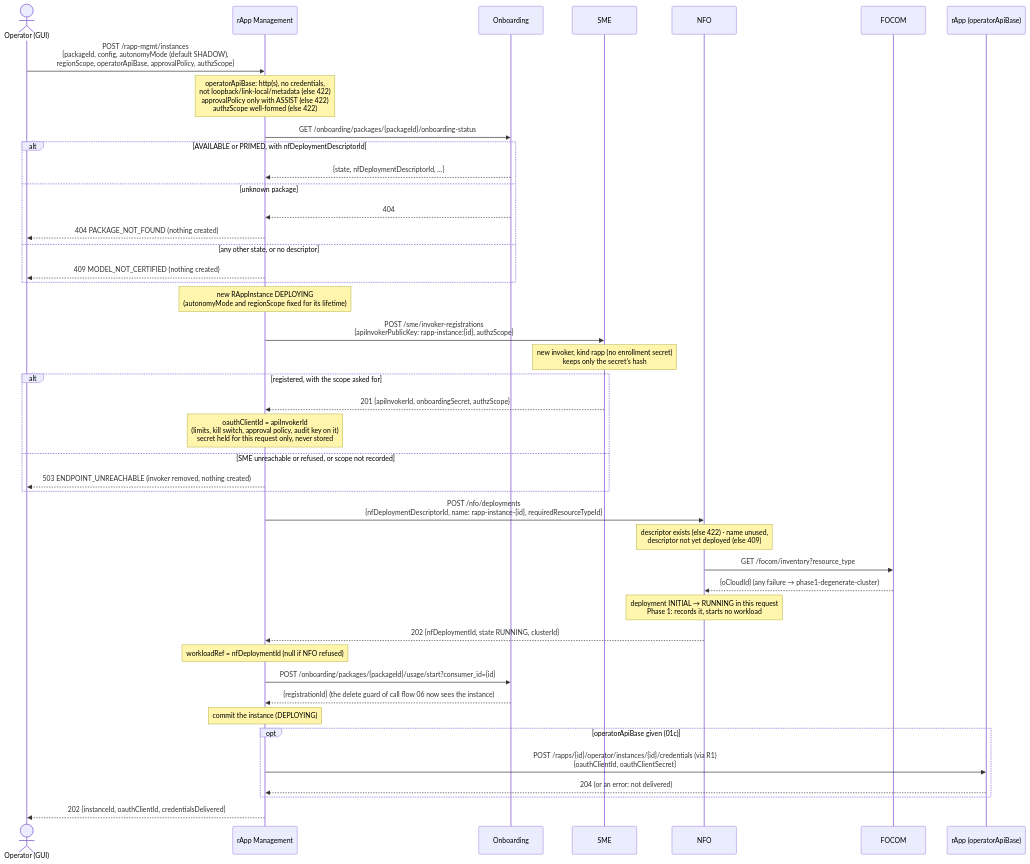
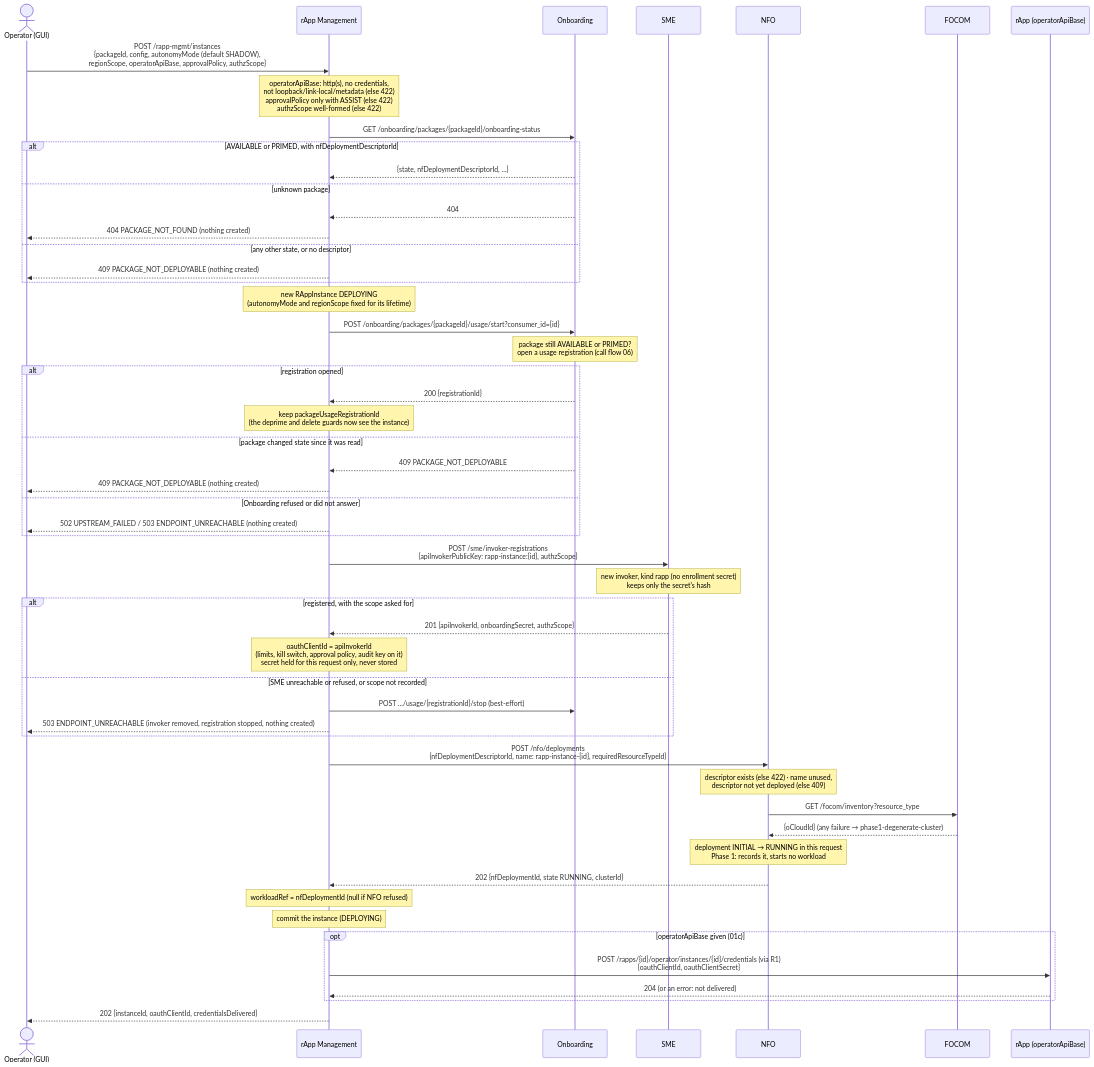
Before and after one commit to rsys-bshankar/ai-ran-smo: the second of 5 diagrams in smo/docs/call-flows/01-rapp-onboarding-to-deployment.md, drawn with Mermaid. The commit also changed other lines of this file and 41 other files, not shown here.

First line of the commit message:
Call flow 06 rewritten from the code; package usage contract made to hold (DOC-CF-1.2)

````diff
--- a/smo/docs/call-flows/01-rapp-onboarding-to-deployment.md
+++ b/smo/docs/call-flows/01-rapp-onboarding-to-deployment.md
@@ -68,46 +71,56 @@
 ```mermaid
 sequenceDiagram
     actor Op as Operator (GUI)
     participant RM as rApp Management
     participant Onb as Onboarding
     participant SME as SME
     participant NFO as NFO
     participant FOCOM as FOCOM
     participant App as rApp (operatorApiBase)
 
     Op->>RM: POST /rapp-mgmt/instances<br/>{packageId, config, autonomyMode (default SHADOW),<br/>regionScope, operatorApiBase, approvalPolicy, authzScope}
     Note over RM: operatorApiBase: http(s), no credentials,<br/>not loopback/link-local/metadata (else 422)<br/>approvalPolicy only with ASSIST (else 422)<br/>authzScope well-formed (else 422)
     RM->>Onb: GET /onboarding/packages/{packageId}/onboarding-status
     alt AVAILABLE or PRIMED, with nfDeploymentDescriptorId
         Onb-->>RM: {state, nfDeploymentDescriptorId, …}
     else unknown package
         Onb-->>RM: 404
         RM-->>Op: 404 PACKAGE_NOT_FOUND (nothing created)
     else any other state, or no descriptor
-        RM-->>Op: 409 MODEL_NOT_CERTIFIED (nothing created)
+        RM-->>Op: 409 PACKAGE_NOT_DEPLOYABLE (nothing created)
     end
     Note over RM: new RAppInstance DEPLOYING<br/>(autonomyMode and regionScope fixed for its lifetime)
+    RM->>Onb: POST /onboarding/packages/{packageId}/usage/start?consumer_id={id}
+    Note over Onb: package still AVAILABLE or PRIMED?<br/>open a usage registration (call flow 06)
+    alt registration opened
+        Onb-->>RM: 200 {registrationId}
+        Note over RM: keep packageUsageRegistrationId<br/>(the deprime and delete guards now see the instance)
+    else package changed state since it was read
+        Onb-->>RM: 409 PACKAGE_NOT_DEPLOYABLE
+        RM-->>Op: 409 PACKAGE_NOT_DEPLOYABLE (nothing created)
+    else Onboarding refused or did not answer
+        RM-->>Op: 502 UPSTREAM_FAILED / 503 ENDPOINT_UNREACHABLE (nothing created)
+    end
     RM->>SME: POST /sme/invoker-registrations<br/>{apiInvokerPublicKey: rapp-instance:{id}, authzScope}
     Note over SME: new invoker, kind rapp (no enrollment secret)<br/>keeps only the secret's hash
     alt registered, with the scope asked for
         SME-->>RM: 201 {apiInvokerId, onboardingSecret, authzScope}
         Note over RM: oauthClientId = apiInvokerId<br/>(limits, kill switch, approval policy, audit key on it)<br/>secret held for this request only, never stored
     else SME unreachable or refused, or scope not recorded
-        RM-->>Op: 503 ENDPOINT_UNREACHABLE (invoker removed, nothing created)
+        RM->>Onb: POST …/usage/{registrationId}/stop (best-effort)
+        RM-->>Op: 503 ENDPOINT_UNREACHABLE (invoker removed, registration stopped, nothing created)
     end
     RM->>NFO: POST /nfo/deployments<br/>{nfDeploymentDescriptorId, name: rapp-instance-{id}, requiredResourceTypeId}
     Note over NFO: descriptor exists (else 422) · name unused,<br/>descriptor not yet deployed (else 409)
     NFO->>FOCOM: GET /focom/inventory?resource_type
     FOCOM-->>NFO: {oCloudId} (any failure → phase1-degenerate-cluster)
     Note over NFO: deployment INITIAL → RUNNING in this request<br/>Phase 1: records it, starts no workload
     NFO-->>RM: 202 {nfDeploymentId, state RUNNING, clusterId}
     Note over RM: workloadRef = nfDeploymentId (null if NFO refused)
-    RM->>Onb: POST /onboarding/packages/{packageId}/usage/start?consumer_id={id}
-    Onb-->>RM: {registrationId} (the delete guard of call flow 06 now sees the instance)
     Note over RM: commit the instance (DEPLOYING)
     opt operatorApiBase given (01c)
         RM->>App: POST /rapps/{id}/operator/instances/{id}/credentials (via R1)<br/>{oauthClientId, oauthClientSecret}
         App-->>RM: 204 (or an error: not delivered)
     end
     RM-->>Op: 202 {instanceId, oauthClientId, credentialsDelivered}
 ```
````
